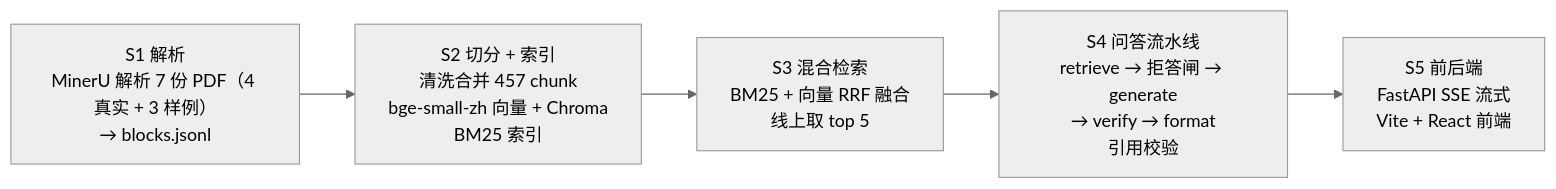
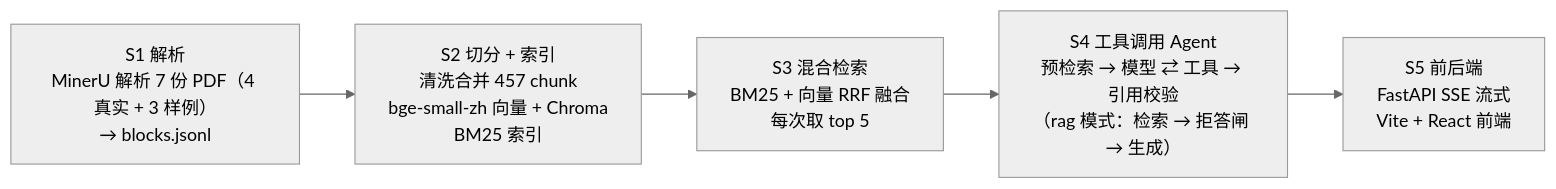
The diagram in README.md (Liukrin/machine-AI), drawn with Mermaid (neutral theme) before and after one commit. The commit also changed other lines of this file and 5 other files, not shown here.

Commit message:
docs: Agent 设计与评测结果（docs/agent.md），README、评测说明、badcase、process_log 同步，新截图

````diff
--- a/README.md
+++ b/README.md
@@ -42,7 +45,7 @@
 ```mermaid
 flowchart LR
     A["S1 解析<br/>MinerU 解析 7 份 PDF（4 真实 + 3 样例）<br/>→ blocks.jsonl"] --> B["S2 切分 + 索引<br/>清洗合并 457 chunk<br/>bge-small-zh 向量 + Chroma<br/>BM25 索引"]
-    B --> C["S3 混合检索<br/>BM25 + 向量 RRF 融合<br/>线上取 top 5"]
-    C --> D["S4 问答流水线<br/>retrieve → 拒答闸 → generate<br/>→ verify → format<br/>引用校验"]
+    B --> C["S3 混合检索<br/>BM25 + 向量 RRF 融合<br/>每次取 top 5"]
+    C --> D["S4 工具调用 Agent<br/>预检索 → 模型 ⇄ 工具 → 引用校验<br/>（rag 模式：检索 → 拒答闸 → 生成）"]
     D --> E["S5 前后端<br/>FastAPI SSE 流式<br/>Vite + React 前端"]
 ```
````
